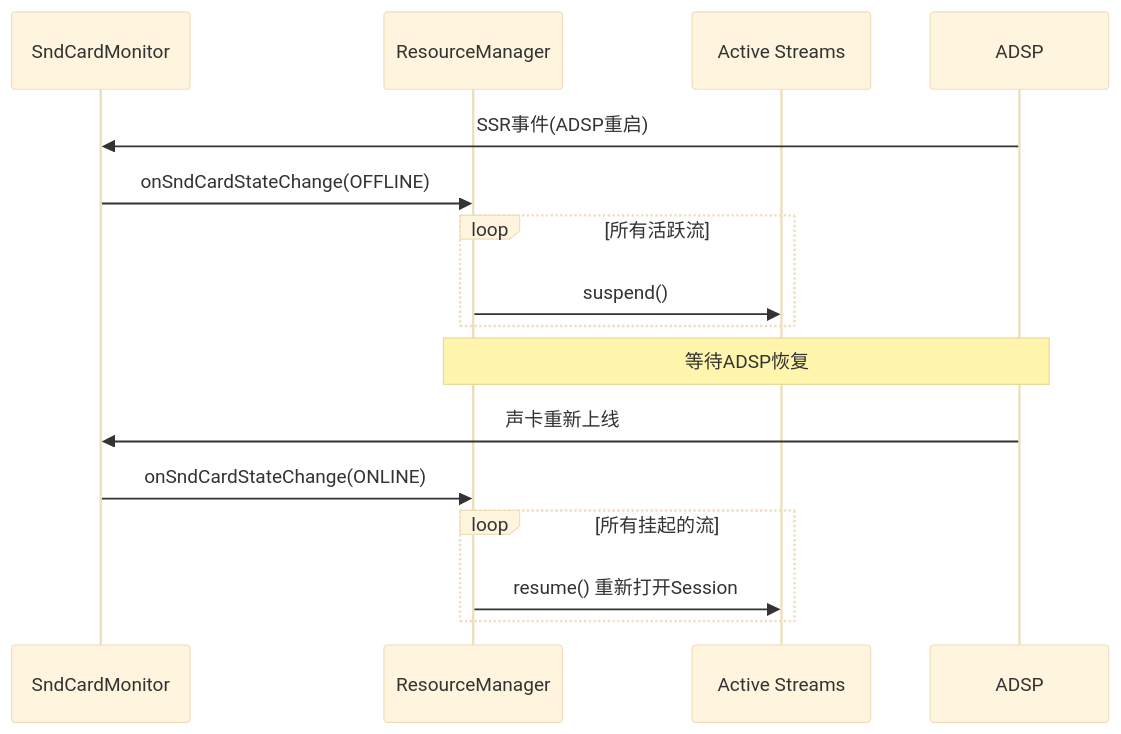
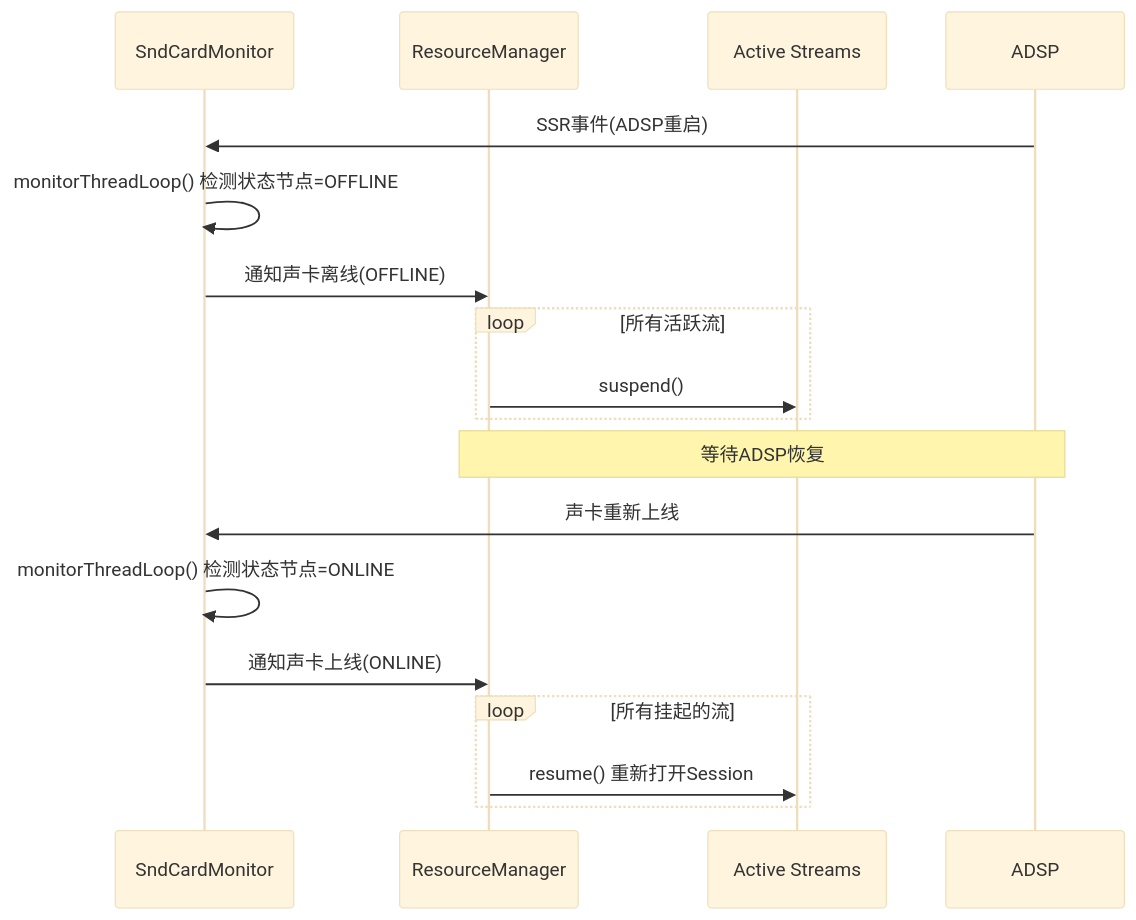
One commit to yanglinzhen1022/SA8295_AAOS_QNX_Audio_KnowledgeBase changed the sixth of 8 diagrams in 15_PAL_Architecture/15_15.11_编解码器插件_pluginscodecs.md. Above: the diagram before and after it, drawn with Mermaid (base theme). The commit also changed other lines of this file and 48 other files, not shown here.

````diff
--- a/15_PAL_Architecture/15_15.11_编解码器插件_pluginscodecs.md
+++ b/15_PAL_Architecture/15_15.11_编解码器插件_pluginscodecs.md
@@ -202,19 +220,21 @@
 ```mermaid
 sequenceDiagram
     participant SCM as SndCardMonitor
     participant RM as ResourceManager
     participant Stream as Active Streams
     participant DSP as ADSP
 
     DSP->>SCM: SSR事件(ADSP重启)
-    SCM->>RM: onSndCardStateChange(OFFLINE)
+    SCM->>SCM: monitorThreadLoop() 检测状态节点=OFFLINE
+    SCM->>RM: 通知声卡离线(OFFLINE)
     loop 所有活跃流
         RM->>Stream: suspend()
     end
     Note over RM,DSP: 等待ADSP恢复
     DSP->>SCM: 声卡重新上线
-    SCM->>RM: onSndCardStateChange(ONLINE)
+    SCM->>SCM: monitorThreadLoop() 检测状态节点=ONLINE
+    SCM->>RM: 通知声卡上线(ONLINE)
     loop 所有挂起的流
         RM->>Stream: resume() 重新打开Session
     end
 ```
````
